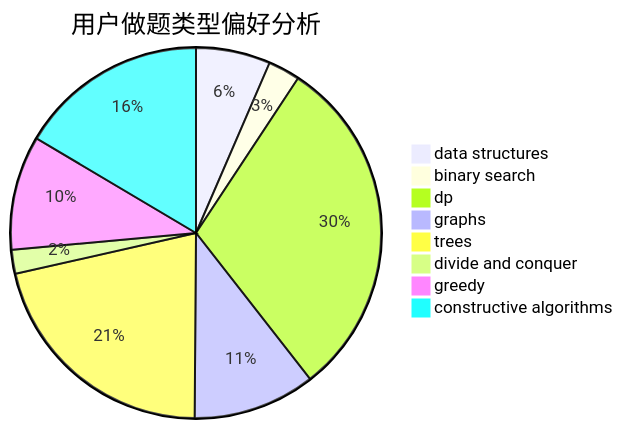
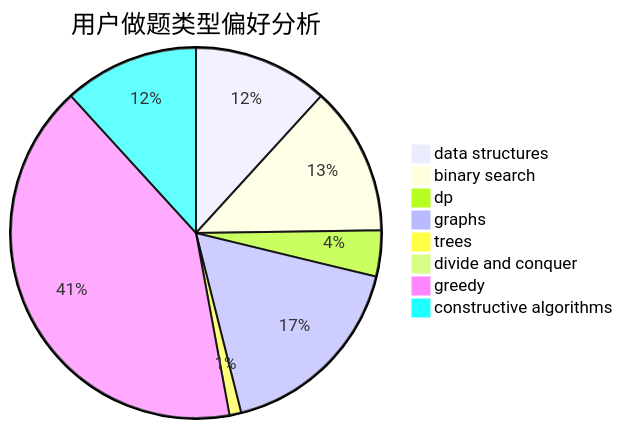
The second of 3 diagrams in docs/user/u1748.md (sherpahu/cfrs.github.io), drawn with Mermaid before and after one commit. The commit also changed other lines of this file and 2770 other files, not shown here.

````diff
--- a/docs/user/u1748.md
+++ b/docs/user/u1748.md
@@ -23,11 +23,11 @@
 ```mermaid
 pie title 用户做题类型偏好分析
-    "data structures" :  28
-    "binary search" :  12
-    "dp" :  130
-    "graphs" :  46
-    "trees" :  92
-    "divide and conquer" :  9
-    "greedy" :  43
-    "constructive algorithms" :  71
+    "data structures" :  126
+    "binary search" :  139
+    "dp" :  43
+    "graphs" :  185
+    "trees" :  11
+    "divide and conquer" :  1
+    "greedy" :  440
+    "constructive algorithms" :  126
 ```
````
